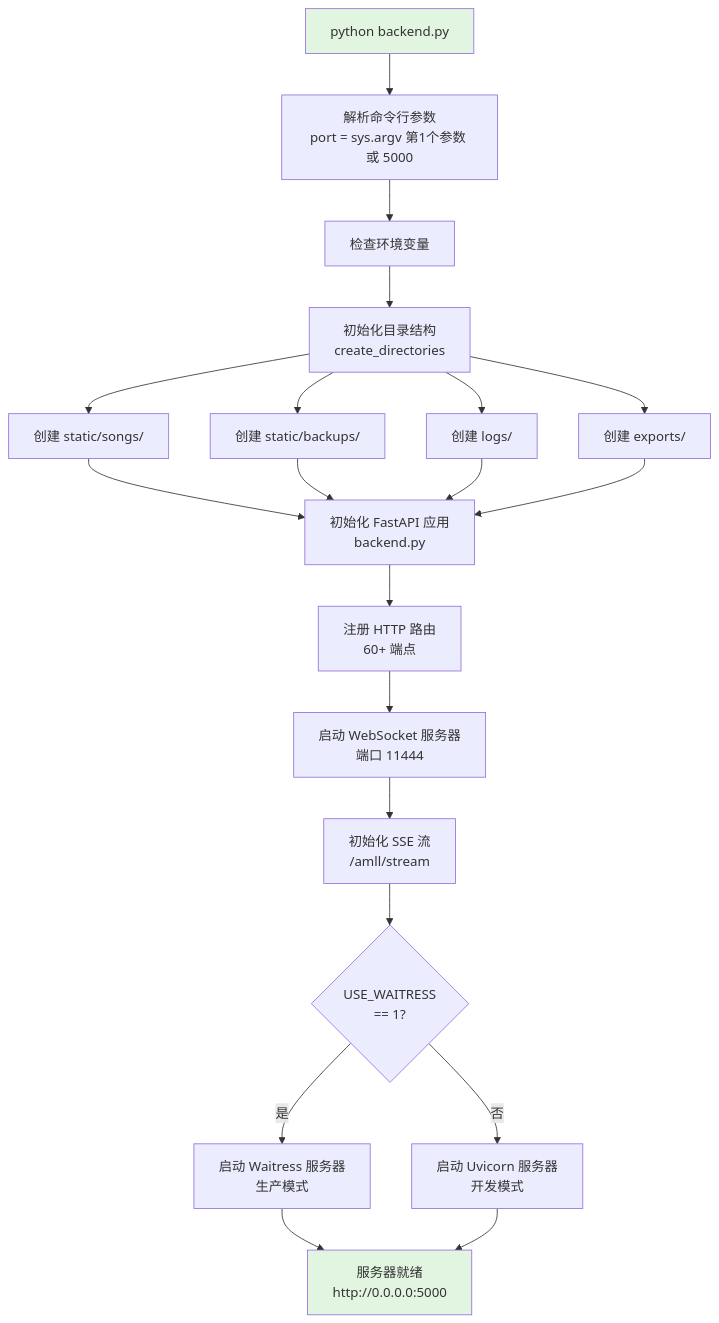
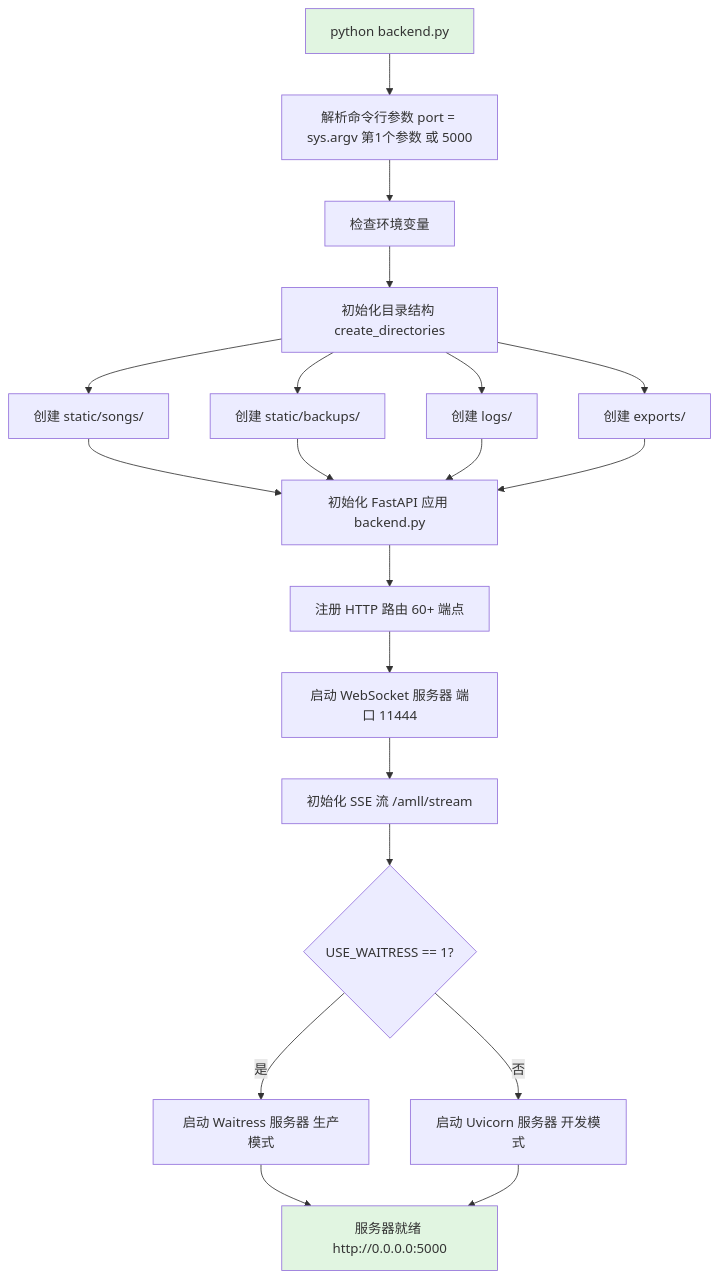
The second of 44 diagrams in README.md (HKLHaoBin/LyricSphere), drawn with Mermaid before and after one commit. The commit also changed other lines of this file, not shown here.

Commit message:
docs: 更新README中的流程图文本格式

````diff
--- a/README.md
+++ b/README.md
@@ -199,25 +199,25 @@
 ```mermaid
 flowchart TD
-    Start["python backend.py"] --> ParseArgs["解析命令行参数\nport = sys.argv 第1个参数 或 5000"]
+    Start["python backend.py"] --> ParseArgs["解析命令行参数 port = sys.argv 第1个参数 或 5000"]
     ParseArgs --> CheckEnv["检查环境变量"]
-    CheckEnv --> InitDirs["初始化目录结构\ncreate_directories"]
+    CheckEnv --> InitDirs["初始化目录结构 create_directories"]
     InitDirs --> CreateSongs["创建 static/songs/"]
     InitDirs --> CreateBackups["创建 static/backups/"]
     InitDirs --> CreateLogs["创建 logs/"]
     InitDirs --> CreateExports["创建 exports/"]
-    CreateSongs --> InitBackend["初始化 FastAPI 应用\nbackend.py"]
+    CreateSongs --> InitBackend["初始化 FastAPI 应用 backend.py"]
     CreateBackups --> InitBackend
     CreateLogs --> InitBackend
     CreateExports --> InitBackend
-    InitBackend --> SetupRoutes["注册 HTTP 路由\n60+ 端点"]
-    SetupRoutes --> SetupWS["启动 WebSocket 服务器\n端口 11444"]
-    SetupWS --> SetupSSE["初始化 SSE 流\n/amll/stream"]
-    SetupSSE --> ChooseServer{"USE_WAITRESS\n== 1?"}
-    ChooseServer -->|是| StartWaitress["启动 Waitress 服务器\n生产模式"]
-    ChooseServer -->|否| StartUvicorn["启动 Uvicorn 服务器\n开发模式"]
-    StartWaitress --> Ready["服务器就绪\nhttp://0.0.0.0:5000"]
+    InitBackend --> SetupRoutes["注册 HTTP 路由 60+ 端点"]
+    SetupRoutes --> SetupWS["启动 WebSocket 服务器 端口 11444"]
+    SetupWS --> SetupSSE["初始化 SSE 流 /amll/stream"]
+    SetupSSE --> ChooseServer{"USE_WAITRESS == 1?"}
+    ChooseServer -->|是| StartWaitress["启动 Waitress 服务器 生产模式"]
+    ChooseServer -->|否| StartUvicorn["启动 Uvicorn 服务器 开发模式"]
+    StartWaitress --> Ready["服务器就绪 http://0.0.0.0:5000"]
     StartUvicorn --> Ready
 
     style Start fill:#e1f5e1
     style Ready fill:#e1f5e1
 ```
````
